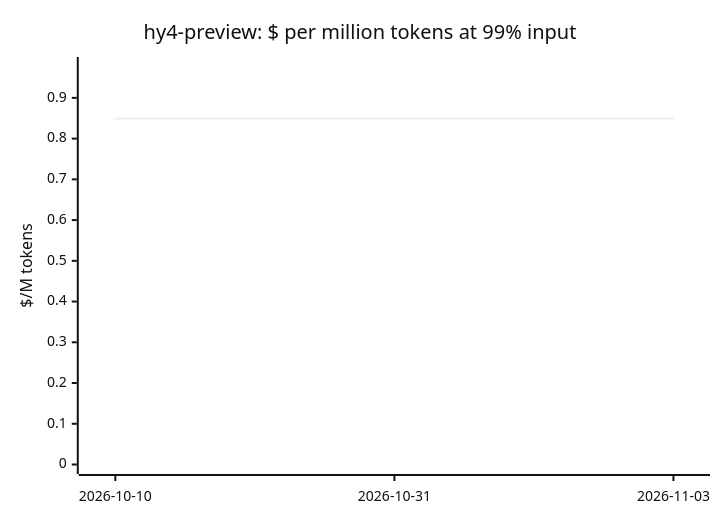
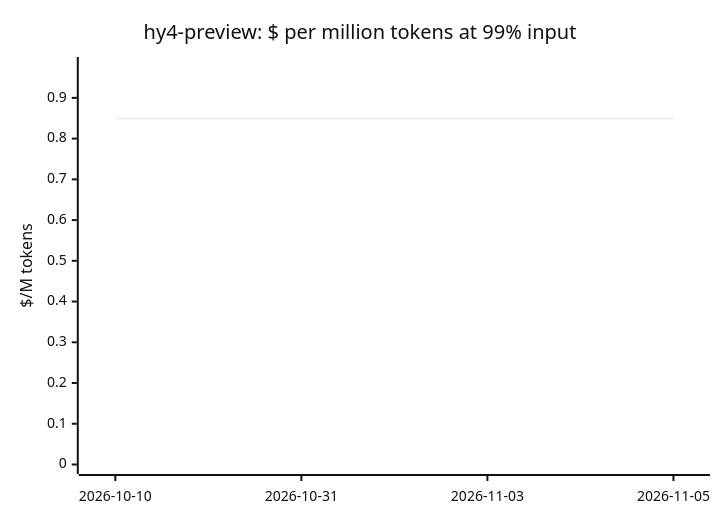
Diagram 16 of 20 in docs/openrouter-models.md (cklukas/OMEGA_TRANSFORM), drawn with Mermaid (neutral theme) before and after one commit. The commit also changed other lines of this file and 291 other files, not shown here.

````diff
--- a/docs/openrouter-models.md
+++ b/docs/openrouter-models.md
@@ -276,7 +279,7 @@
 ```mermaid
 xychart-beta
     title "hy4-preview: $ per million tokens at 99% input"
-    x-axis ["2026-10-10", "2026-10-31", "2026-11-03"]
+    x-axis ["2026-10-10", "2026-10-31", "2026-11-03", "2026-11-05"]
     y-axis "$/M tokens" 0 --> 0.977
-    line [0.8496, 0.8496, 0.8496]
+    line [0.8496, 0.8496, 0.8496, 0.8496]
 ```
````
